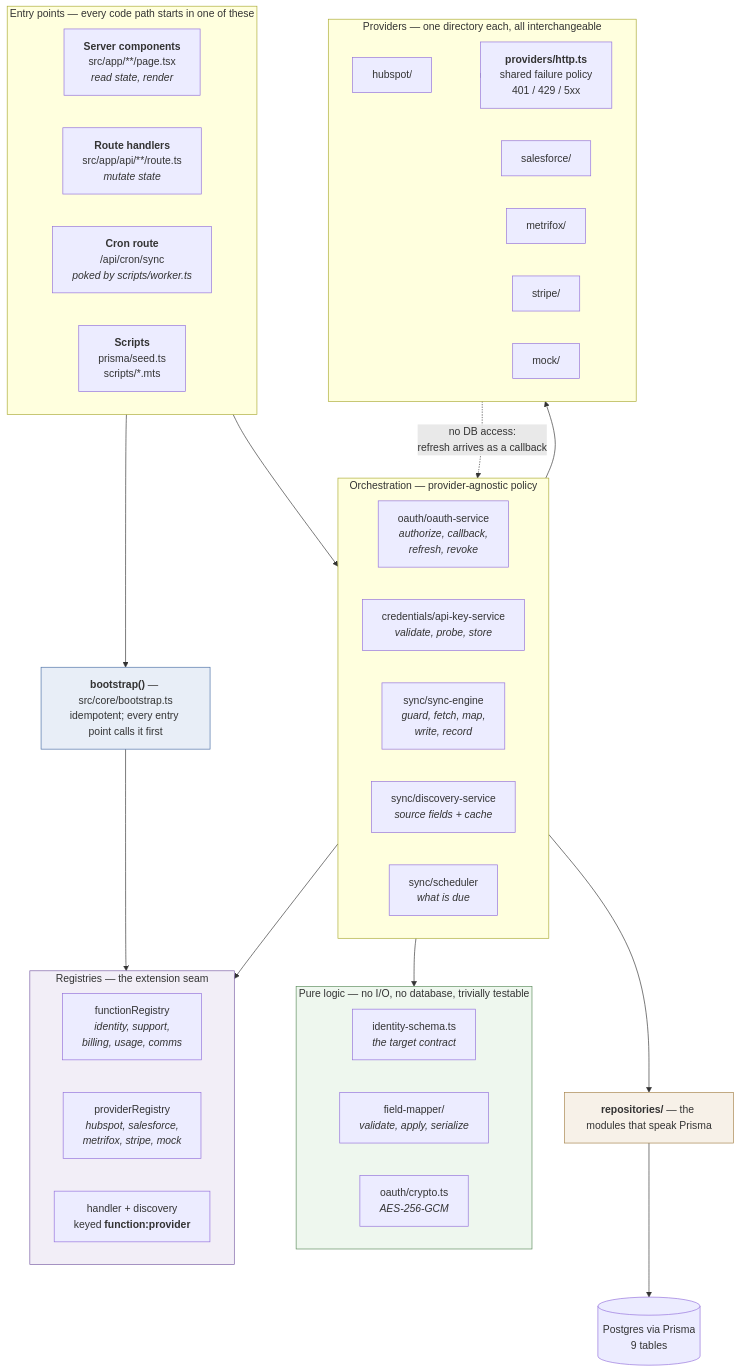
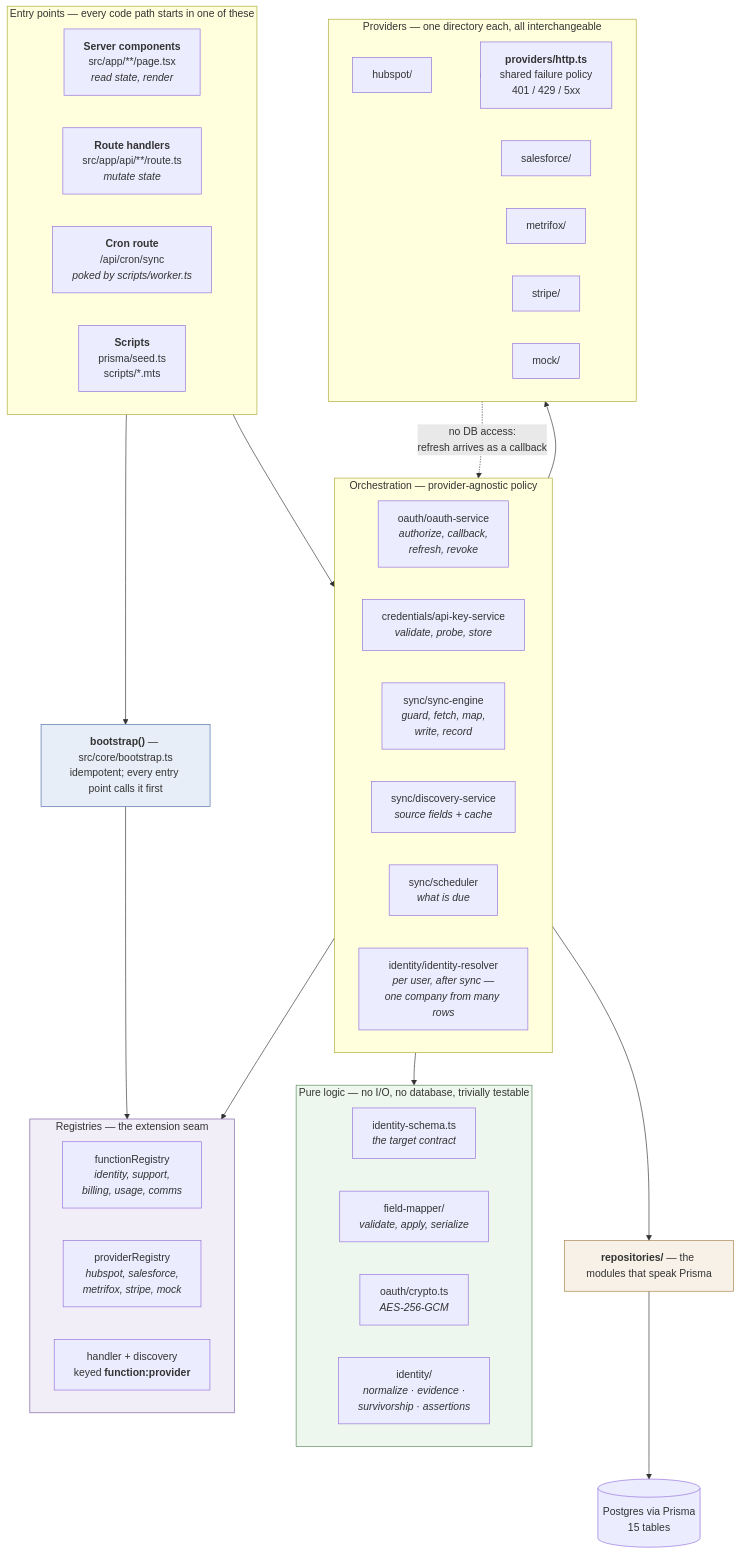
One commit to ajibade-ibrahim/Integration-Demo changed the first of 9 diagrams in docs/architecture.md. Above: the diagram before and after it, drawn with Mermaid. The commit also changed other lines of this file and 81 other files, not shown here.

````diff
--- a/docs/architecture.md
+++ b/docs/architecture.md
@@ -25,64 +25,66 @@
 ```mermaid
 flowchart TB
     subgraph entry["Entry points — every code path starts in one of these"]
         direction LR
         PAGES["<b>Server components</b><br/>src/app/**/page.tsx<br/><i>read state, render</i>"]
         ROUTES["<b>Route handlers</b><br/>src/app/api/**/route.ts<br/><i>mutate state</i>"]
         CRONR["<b>Cron route</b><br/>/api/cron/sync<br/><i>poked by scripts/worker.ts</i>"]
         SCRIPTS["<b>Scripts</b><br/>prisma/seed.ts<br/>scripts/*.mts"]
     end
 
     BOOT["<b>bootstrap()</b> — src/core/bootstrap.ts<br/>idempotent; every entry point calls it first"]
 
     subgraph registries["Registries — the extension seam"]
         direction LR
         FREG["functionRegistry<br/><i>identity, support,<br/>billing, usage, comms</i>"]
         PREG["providerRegistry<br/><i>hubspot, salesforce,<br/>metrifox, stripe, mock</i>"]
         HREG["handler + discovery<br/>keyed <b>function:provider</b>"]
     end
 
     subgraph services["Orchestration — provider-agnostic policy"]
         direction LR
         OAUTHS["oauth/oauth-service<br/><i>authorize, callback,<br/>refresh, revoke</i>"]
         KEYS["credentials/api-key-service<br/><i>validate, probe, store</i>"]
         ENGINE["sync/sync-engine<br/><i>guard, fetch, map,<br/>write, record</i>"]
         DISCO["sync/discovery-service<br/><i>source fields + cache</i>"]
         SCHED["sync/scheduler<br/><i>what is due</i>"]
+        RESOLVE["identity/identity-resolver<br/><i>per user, after sync —<br/>one company from many rows</i>"]
     end
 
     subgraph pure["Pure logic — no I/O, no database, trivially testable"]
         direction LR
         SCHEMA["identity-schema.ts<br/><i>the target contract</i>"]
         MAPPER["field-mapper/<br/><i>validate, apply, serialize</i>"]
         CRYPTO["oauth/crypto.ts<br/><i>AES-256-GCM</i>"]
+        IDENT["identity/<br/><i>normalize · evidence ·<br/>survivorship · assertions</i>"]
     end
 
     subgraph provs["Providers — one directory each, all interchangeable"]
         direction LR
         HS["hubspot/"]
         SF["salesforce/"]
         MF["metrifox/"]
         ST["stripe/"]
         MK["mock/"]
         HTTP["<b>providers/http.ts</b><br/>shared failure policy<br/>401 / 429 / 5xx"]
     end
 
     REPOS["<b>repositories/</b> — the modules that speak Prisma"]
-    DB[("Postgres via Prisma<br/>9 tables")]
+    DB[("Postgres via Prisma<br/>15 tables")]
 
     entry --> BOOT
     BOOT --> registries
     entry --> services
     services --> registries
     services --> pure
     services --> provs
     provs --> HTTP
     services --> REPOS
     provs -.->|"no DB access:<br/>refresh arrives as a callback"| services
     REPOS --> DB
 
     style BOOT fill:#e8eef7,stroke:#4a6fa5
     style registries fill:#f2eef7,stroke:#7a5fa5
     style pure fill:#eef7ee,stroke:#5a8a5a
     style REPOS fill:#f7f1e8,stroke:#a5824a
 ```
````
